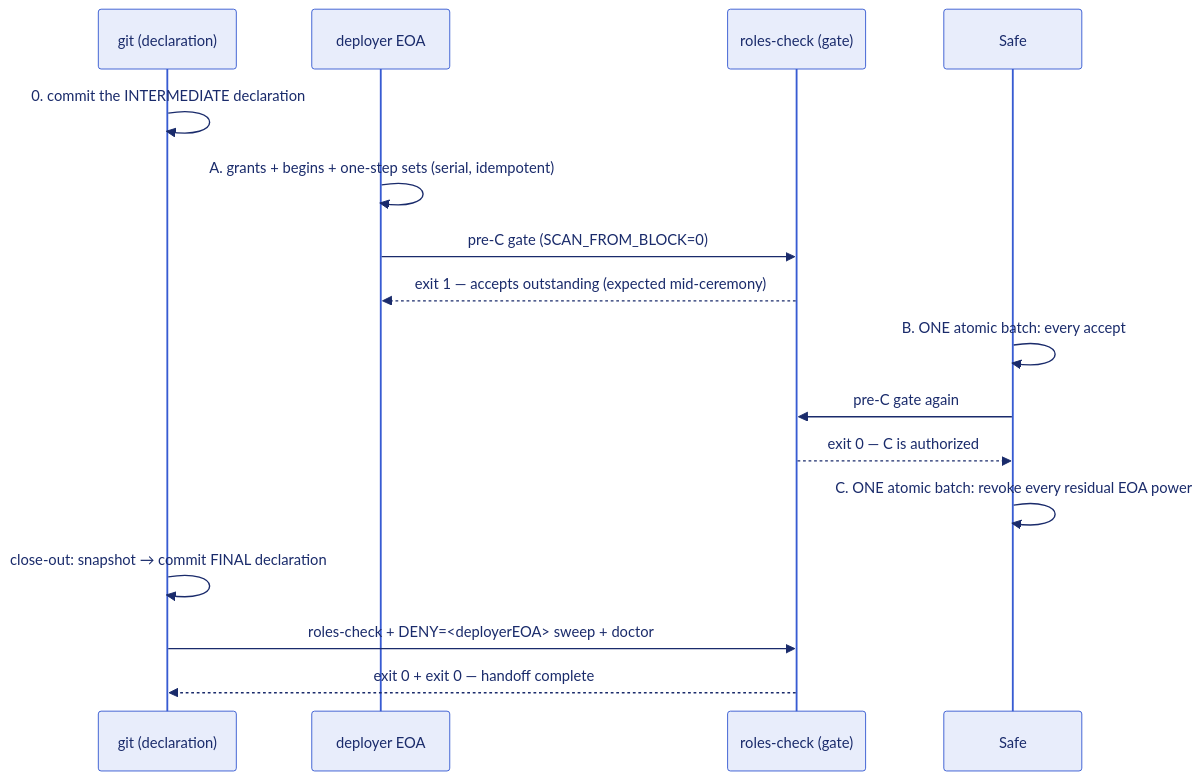
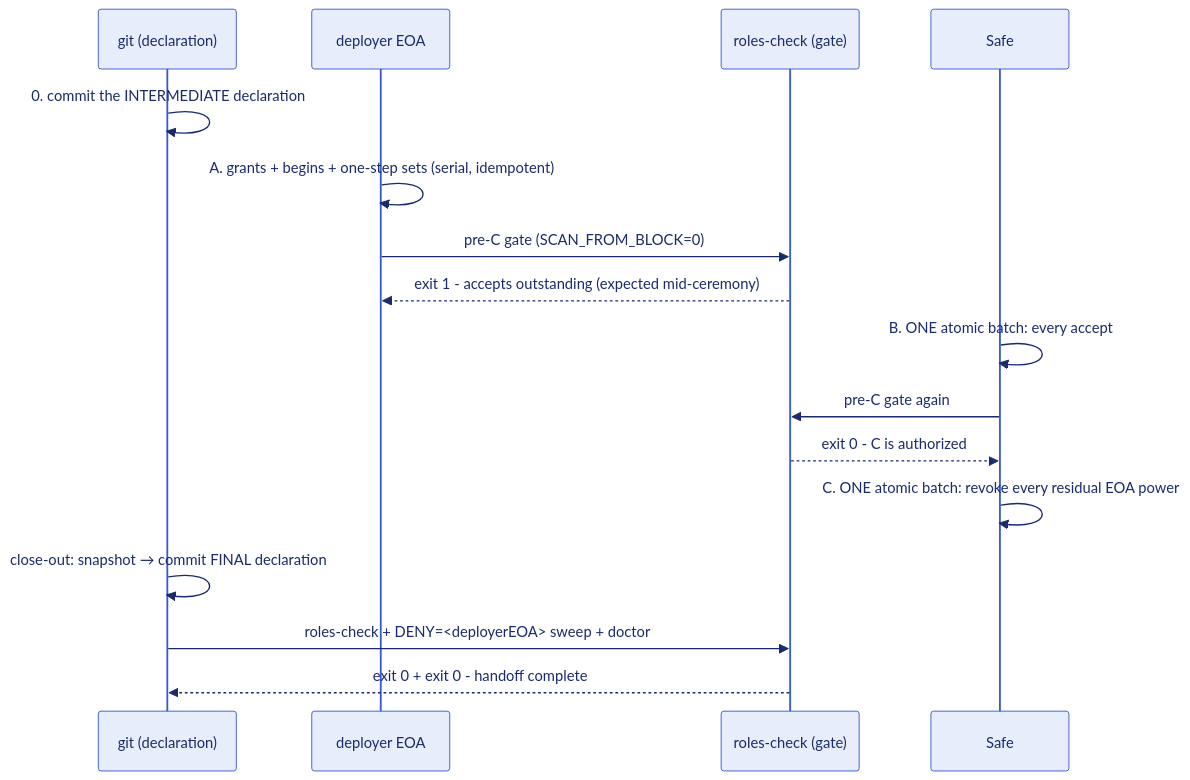
Before and after one commit to smartcontractkit/docs-cct-foundry: the third of 3 diagrams in docs/roles.md, drawn with Mermaid. The commit also changed other lines of this file and 250 other files, not shown here.

First line of the commit message:
docs: two-audience information architecture, primitives catalog, deploy golden path, and a pre-send preflight

````diff
--- a/docs/roles.md
+++ b/docs/roles.md
@@ -270,19 +274,19 @@
 ```mermaid
 %%{init: {'theme':'base','themeVariables':{'primaryColor':'#E8EDFB','primaryBorderColor':'#375BD2','primaryTextColor':'#1A2B6B','lineColor':'#375BD2','fontFamily':'ui-sans-serif, system-ui, sans-serif'}}}%%
 sequenceDiagram
   participant G as git (declaration)
   participant E as deployer EOA
   participant K as roles-check (gate)
   participant S as Safe
   G->>G: 0. commit the INTERMEDIATE declaration
   E->>E: A. grants + begins + one-step sets (serial, idempotent)
   E->>K: pre-C gate (SCAN_FROM_BLOCK=0)
-  K-->>E: exit 1 — accepts outstanding (expected mid-ceremony)
+  K-->>E: exit 1 - accepts outstanding (expected mid-ceremony)
   S->>S: B. ONE atomic batch: every accept
   S->>K: pre-C gate again
-  K-->>S: exit 0 — C is authorized
+  K-->>S: exit 0 - C is authorized
   S->>S: C. ONE atomic batch: revoke every residual EOA power
   G->>G: close-out: snapshot → commit FINAL declaration
   G->>K: roles-check + DENY=<deployerEOA> sweep + doctor
-  K-->>G: exit 0 + exit 0 — handoff complete
+  K-->>G: exit 0 + exit 0 - handoff complete
 ```
````
